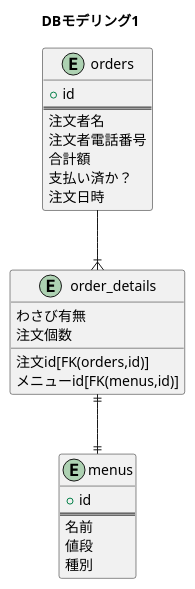
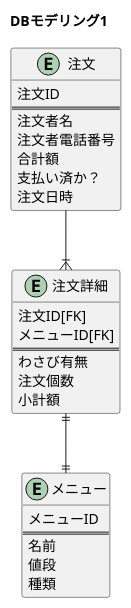
One commit to naniwadari/praha_challenge changed the diagram in db/DBモデリング1/kadai1.pu. Above: the diagram before and after it, drawn with PlantUML. The commit also changed 3 other files, not shown here.

```diff
--- a/db/DBモデリング1/kadai1.pu
+++ b/db/DBモデリング1/kadai1.pu
@@ -1,30 +1,32 @@
 @startuml
   title DBモデリング1
-  entity "menus" {
-    + id
+  entity "メニュー" {
+    メニューID
     ==
     名前
     値段
-    種別
+    種類
   }
 
-  entity "orders" {
-    +id
+  entity "注文" {
+    注文ID
     ==
     注文者名
     注文者電話番号
     合計額
     支払い済か？
     注文日時
   }
 
-  entity "order_details" {
-    注文id[FK(orders,id)]
-    メニューid[FK(menus,id)]
+  entity "注文詳細" {
+    注文ID[FK]
+    メニューID[FK]
+    ==
     わさび有無
     注文個数
+    小計額
   }
 
-  orders --|{ order_details
-  order_details ||--|| menus
+  注文 --|{ 注文詳細
+  注文詳細 ||--|| メニュー
 @enduml
```
